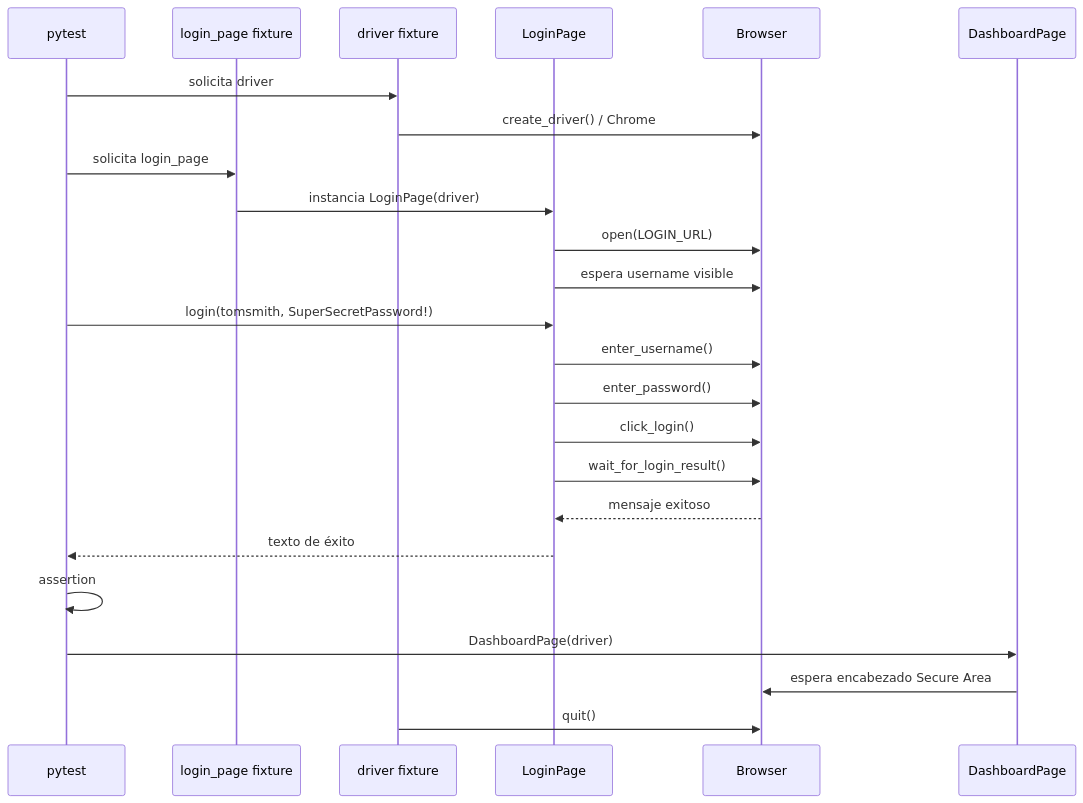
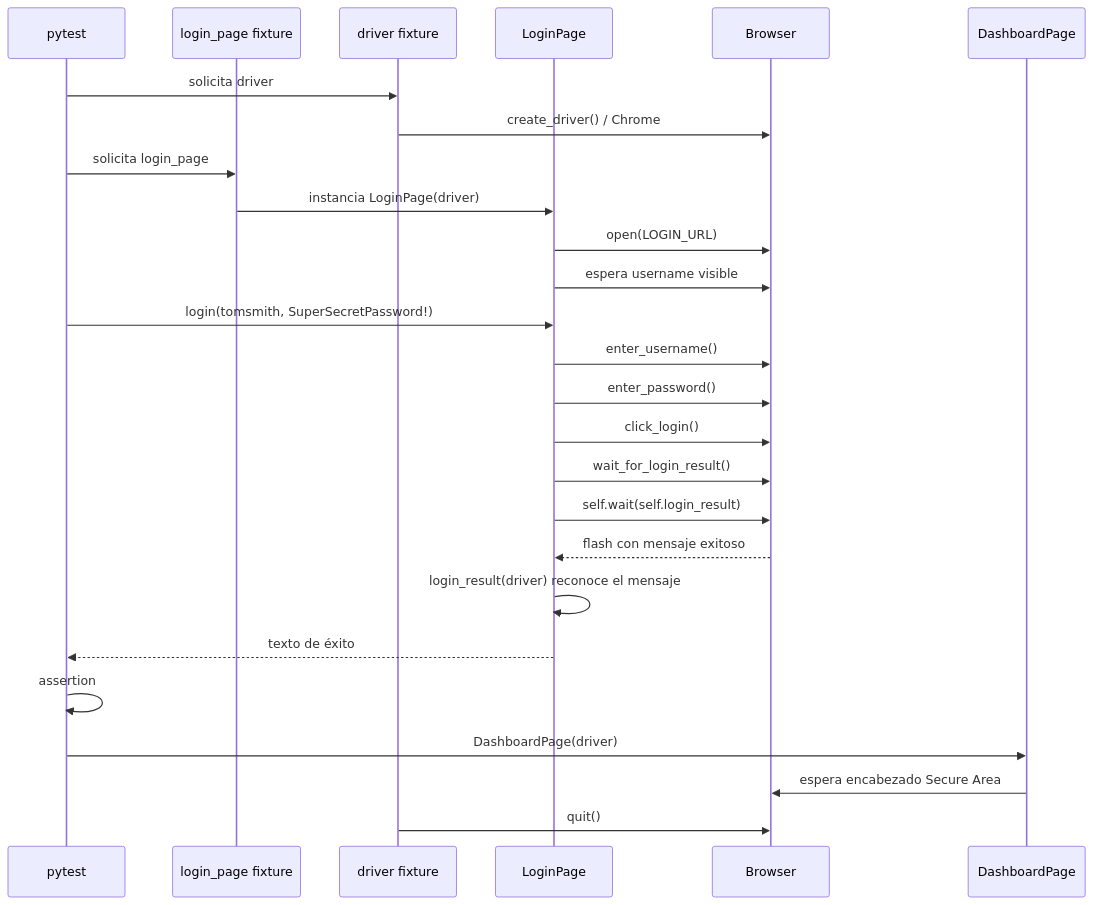
One commit to JoelPim182/qa-automation-framework changed the fourth of 4 diagrams in docs/PROJECT_TECHNICAL_GUIDE.md. Above: the diagram before and after it, drawn with Mermaid. The commit also changed other lines of this file, not shown here.

````diff
--- a/docs/PROJECT_TECHNICAL_GUIDE.md
+++ b/docs/PROJECT_TECHNICAL_GUIDE.md
@@ -235,27 +235,29 @@
 ```mermaid
 sequenceDiagram
     participant P as pytest
     participant F as login_page fixture
     participant D as driver fixture
     participant L as LoginPage
     participant B as Browser
     participant DB as DashboardPage
 
     P->>D: solicita driver
     D->>B: create_driver() / Chrome
     P->>F: solicita login_page
     F->>L: instancia LoginPage(driver)
     L->>B: open(LOGIN_URL)
     L->>B: espera username visible
     P->>L: login(tomsmith, SuperSecretPassword!)
     L->>B: enter_username()
     L->>B: enter_password()
     L->>B: click_login()
     L->>B: wait_for_login_result()
-    B-->>L: mensaje exitoso
+    L->>B: self.wait(self.login_result)
+    B-->>L: flash con mensaje exitoso
+    L->>L: login_result(driver) reconoce el mensaje
     L-->>P: texto de éxito
     P->>P: assertion
     P->>DB: DashboardPage(driver)
     DB->>B: espera encabezado Secure Area
     D->>B: quit()
 ```
````
